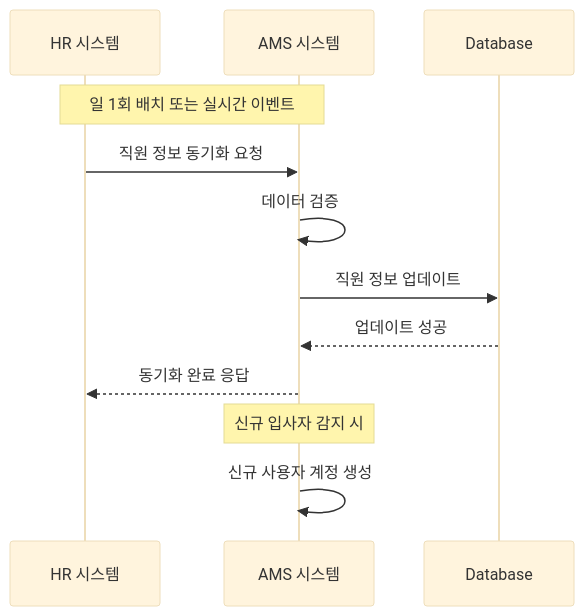
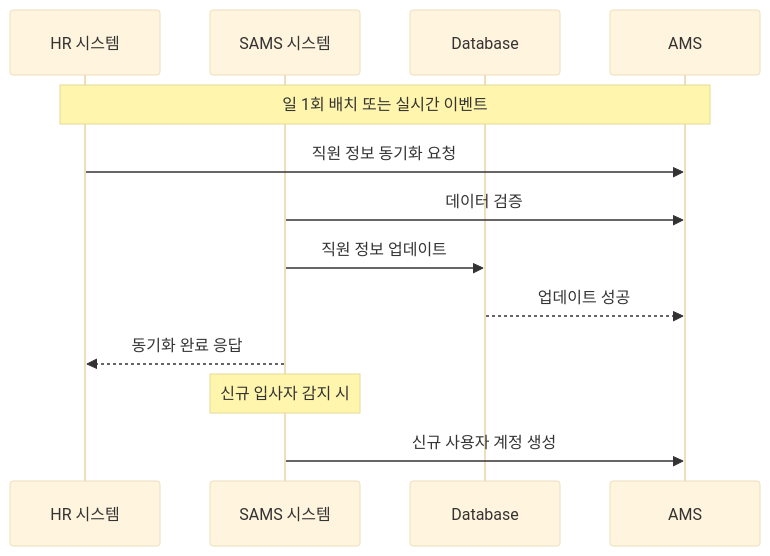
The fourth of 5 diagrams in docs/architecture/01-system-context.md (SuresoftTechnologies/sams), drawn with Mermaid (base theme) before and after one commit. The commit also changed other lines of this file and 53 other files, not shown here.

Commit message:
chore: ams-> sams

````diff
--- a/docs/architecture/01-system-context.md
+++ b/docs/architecture/01-system-context.md
@@ -180,17 +180,17 @@
 ```mermaid
 sequenceDiagram
     participant HR as HR 시스템
-    participant AMS as AMS 시스템
+    participant SAMS as SAMS 시스템
     participant DB as Database
 
     Note over HR,AMS: 일 1회 배치 또는 실시간 이벤트
 
     HR->>AMS: 직원 정보 동기화 요청
-    AMS->>AMS: 데이터 검증
-    AMS->>DB: 직원 정보 업데이트
+    SAMS->>AMS: 데이터 검증
+    SAMS->>DB: 직원 정보 업데이트
     DB-->>AMS: 업데이트 성공
-    AMS-->>HR: 동기화 완료 응답
+    SAMS-->>HR: 동기화 완료 응답
 
-    Note over AMS: 신규 입사자 감지 시
-    AMS->>AMS: 신규 사용자 계정 생성
+    Note over SAMS: 신규 입사자 감지 시
+    SAMS->>AMS: 신규 사용자 계정 생성
 ```
````
